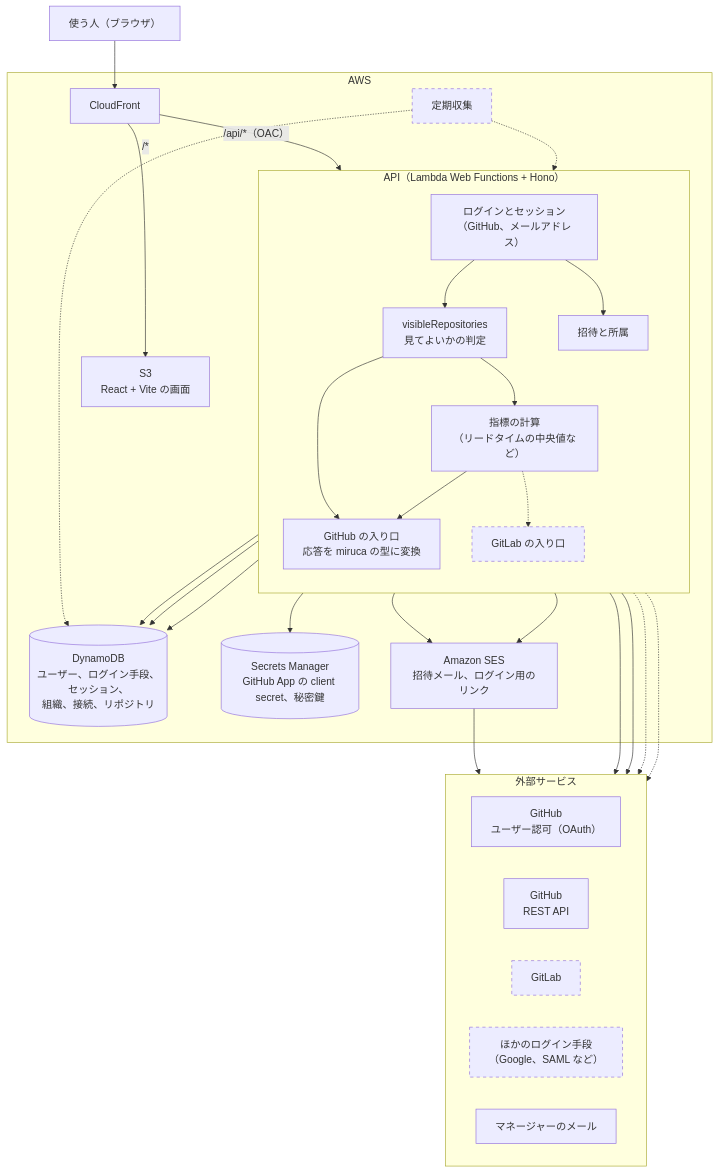
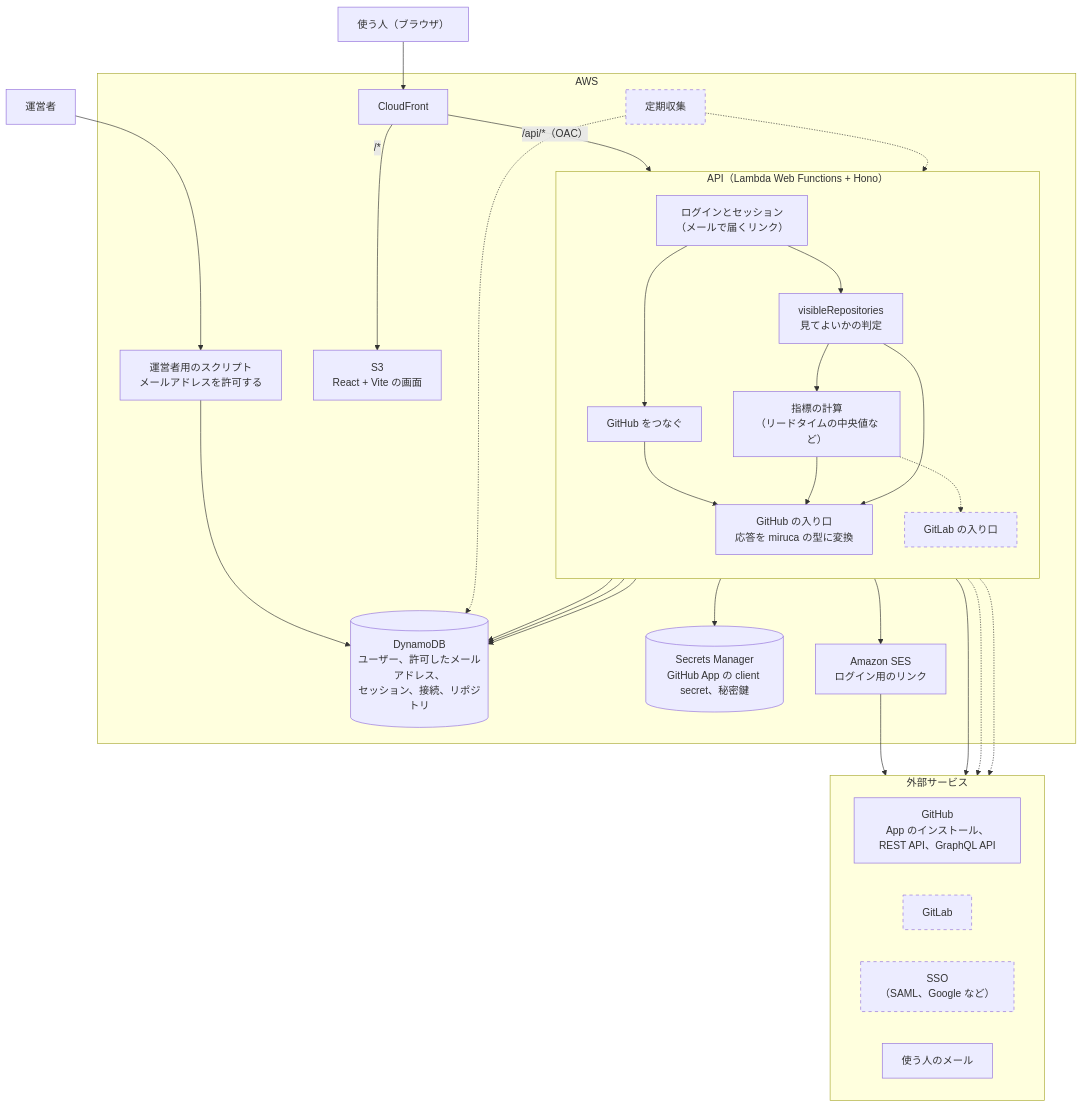
Before and after one commit to yamkazu/miruca: the first of 3 diagrams in docs/architecture.md, drawn with Mermaid. The commit also changed other lines of this file and 1 other file, not shown here.

First line of the commit message:
PRD を Findy Team+ と同じ形に絞る（メールでログインし、App を入れた組織を見る。組織と招待は後回し）

````diff
--- a/docs/architecture.md
+++ b/docs/architecture.md
@@ -7,56 +7,58 @@
 ```mermaid
 flowchart TB
   user["使う人（ブラウザ）"]
+  op["運営者"]
 
   subgraph aws["AWS"]
     cf["CloudFront"]
     s3["S3<br/>React + Vite の画面"]
     subgraph api["API（Lambda Web Functions + Hono）"]
       direction TB
-      auth["ログインとセッション<br/>（GitHub、メールアドレス）"]
-      invite["招待と所属"]
+      auth["ログインとセッション<br/>（メールで届くリンク）"]
+      connect["GitHub をつなぐ"]
       visible["visibleRepositories<br/>見てよいかの判定"]
       metrics["指標の計算<br/>（リードタイムの中央値など）"]
       gh["GitHub の入り口<br/>応答を miruca の型に変換"]
       gl["GitLab の入り口"]
     end
+    script["運営者用のスクリプト<br/>メールアドレスを許可する"]
     collector["定期収集"]
-    ddb[("DynamoDB<br/>ユーザー、ログイン手段、セッション、<br/>組織、接続、リポジトリ")]
+    ddb[("DynamoDB<br/>ユーザー、許可したメールアドレス、<br/>セッション、接続、リポジトリ")]
     sm[("Secrets Manager<br/>GitHub App の client secret、秘密鍵")]
-    ses["Amazon SES<br/>招待メール、ログイン用のリンク"]
+    ses["Amazon SES<br/>ログイン用のリンク"]
   end
 
   subgraph ext["外部サービス"]
     direction LR
-    ghoauth["GitHub<br/>ユーザー認可（OAuth）"]
-    ghapi["GitHub<br/>REST API"]
+    ghapi["GitHub<br/>App のインストール、REST API、GraphQL API"]
     gitlab["GitLab"]
-    idp["ほかのログイン手段<br/>（Google、SAML など）"]
-    mail["マネージャーのメール"]
+    sso["SSO<br/>（SAML、Google など）"]
+    mail["使う人のメール"]
   end
 
   user --> cf
   cf -- "/*" --> s3
   cf -- "/api/*（OAC）" --> auth
   auth --> visible --> metrics
-  auth --> invite
-  invite --> ddb
+  auth --> connect
+  op --> script
+  script --> ddb
+  auth --> ddb
+  connect --> ddb
+  visible --> ddb
   auth --> ses
-  invite --> ses
   ses --> mail
+  connect --> gh
   metrics --> gh
   visible --> gh
+  gh --> sm
+  gh --> ghapi
   metrics -.-> gl
+  gl -.-> gitlab
   collector -.-> gh
-  auth --> ddb
-  visible --> ddb
   collector -.-> ddb
-  gh --> sm
-  auth --> ghoauth
-  gh --> ghapi
-  gl -.-> gitlab
-  auth -.-> idp
+  auth -.-> sso
 
   classDef future stroke-dasharray: 5 5
-  class gl,collector,idp,gitlab future
+  class gl,collector,sso,gitlab future
 ```
````
